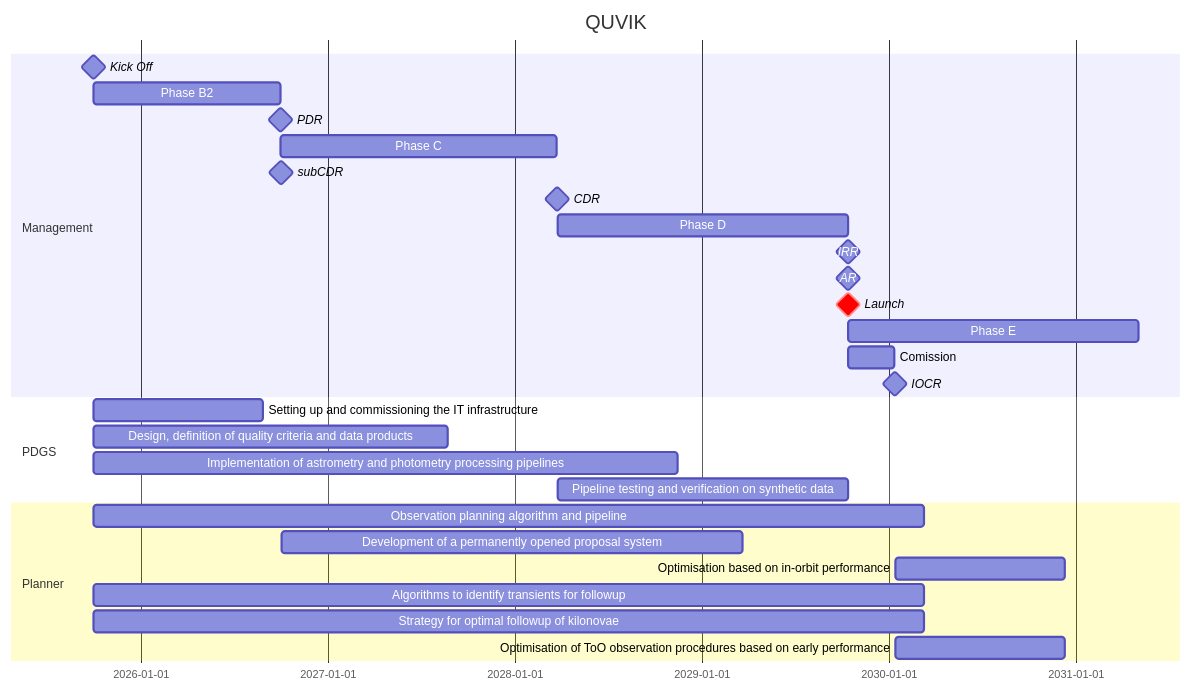
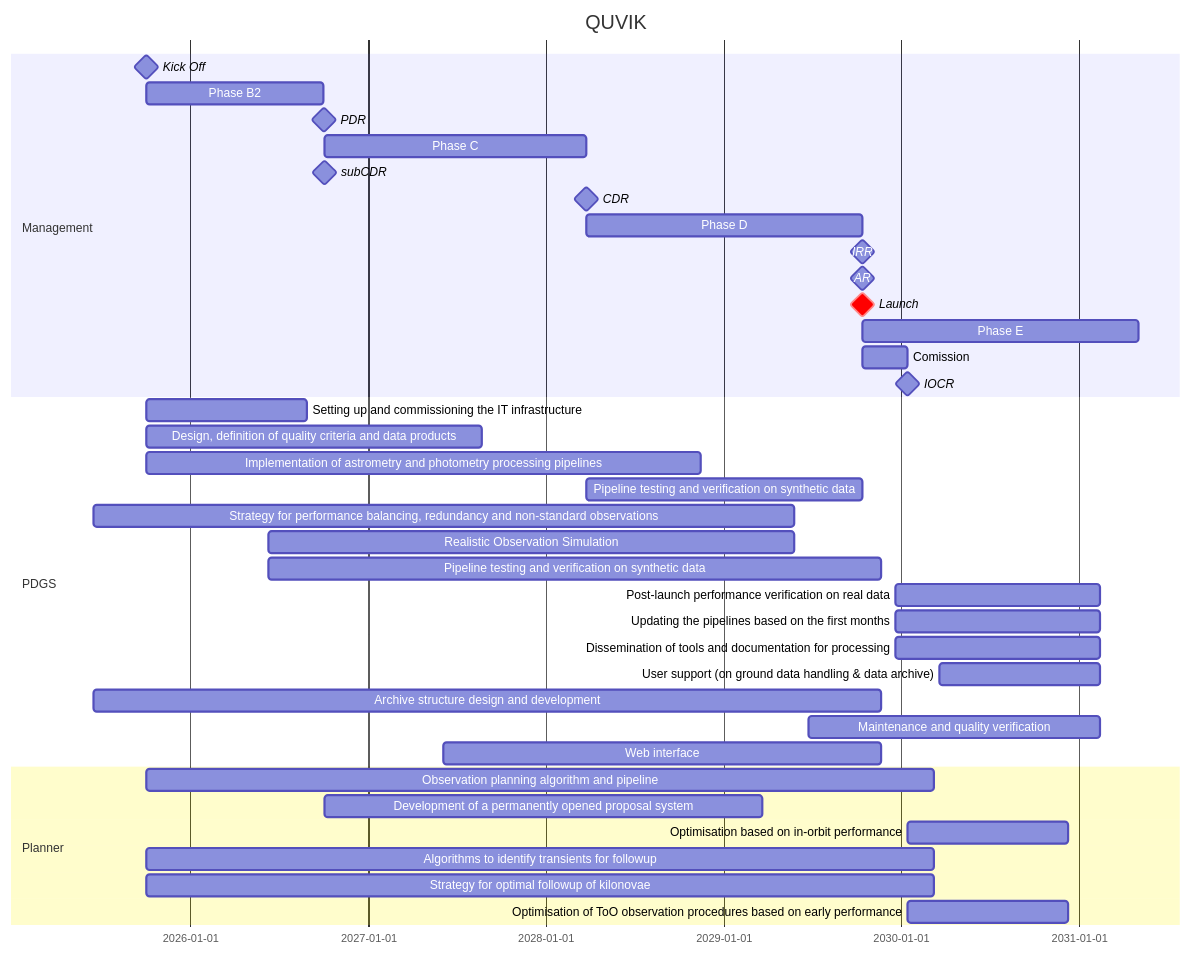
One commit to limu007/quvik changed the diagram in calib/Block.md. Above: the diagram before and after it, drawn with Mermaid.

````diff
--- a/calib/Block.md
+++ b/calib/Block.md
@@ -3,33 +3,43 @@
 ```mermaid
 gantt
     title QUVIK
     dateFormat  YYYY-MM-DD
     section Management
     Kick Off : milestone, m1, 2025-09-31, 1d
     Phase B2 : b2, after m1, 52w
     PDR : milestone, pdr, after b2, 1d
     Phase C : c1, after pdr, 77w
     subCDR :  milestone, sc1, after pdr + 52w, 1d
     CDR : milestone, cdr, after c1, 1d
     Phase D : d1, after cdr, 81w
     IRR : milestone, irr, after d1, 1d
     AR : milestone, ar, after d1, 1d
     Launch : crit, milestone, frr, after d1, 1d
     Phase E : e1, after frr, 81w
     Comission : e2, after frr, 13w
     IOCR : milestone, iocr, after e2, 1d
     
     section PDGS
     Setting up and commissioning the IT infrastructure : after m1, 330d
     Design, definition of quality criteria and data products : 	after m1	, 690d
     Implementation of astrometry and photometry processing pipelines : 	after m1 , 1140d
     Pipeline testing and verification on synthetic data : pp, after cdr, until frr
+    Strategy for performance balancing, redundancy and non-standard observations :  2025-06-15 , 1440d
+    Realistic Observation Simulation :  2026-06-10 , 1080d
+    Pipeline testing and verification on synthetic data :  2026-06-10 , 1260d
+    Post-launch performance verification on real data :  2029-12-21 , 420d
+    Updating the pipelines based on the first months :  2029-12-21 , 420d
+    Dissemination of tools and documentation for processing :  2029-12-21 , 420d
+     User support (on ground data handling & data archive) :  2030-03-21 , 330d
+     Archive structure design and development :  2025-06-15 , 1620d
+     Maintenance and quality verification :  2029-06-24 , 600d
+     Web interface :  2027-06-05 , 900d
 
     section Planner
     Observation planning algorithm and pipeline :  after m1 , 1620d
     Development of a permanently opened proposal system :  after sc1 , 900d
     Optimisation based on in-orbit performance :  after iocr , 330d
     Algorithms to identify transients for followup :  after m1 , 1620d
     Strategy for optimal followup of kilonovae :  after m1 , 1620d
     Optimisation of ToO observation procedures based on early performance :  after iocr , 330d
 ```
````
